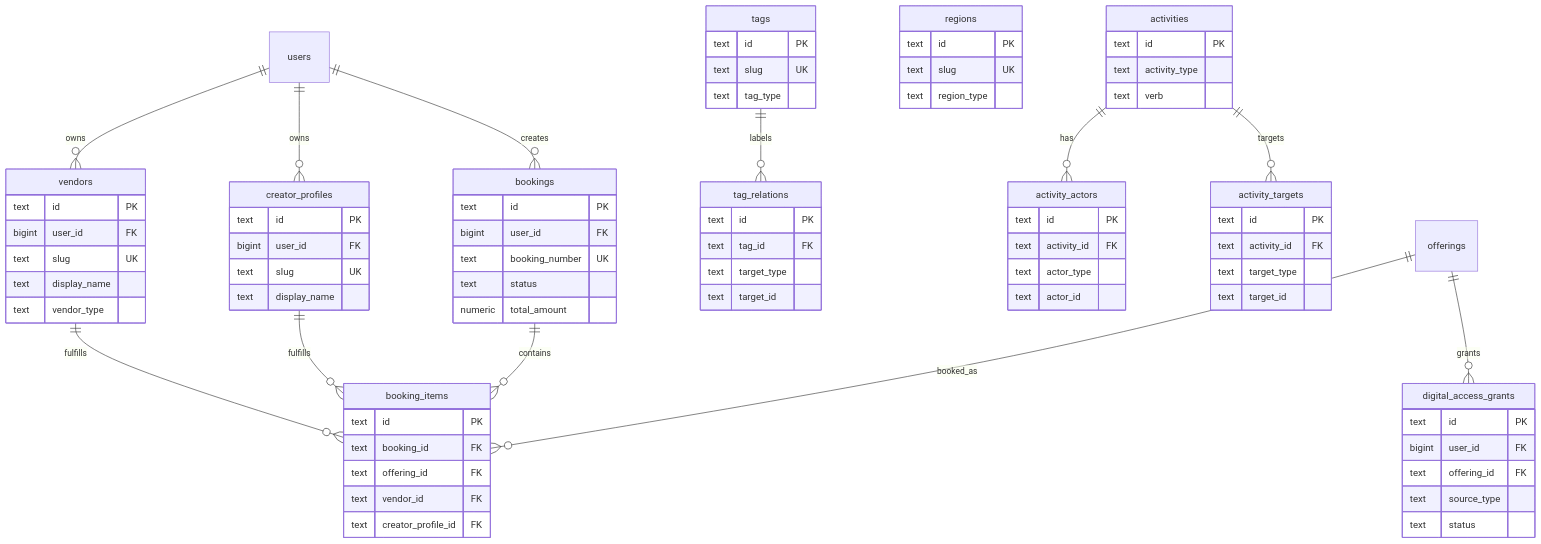
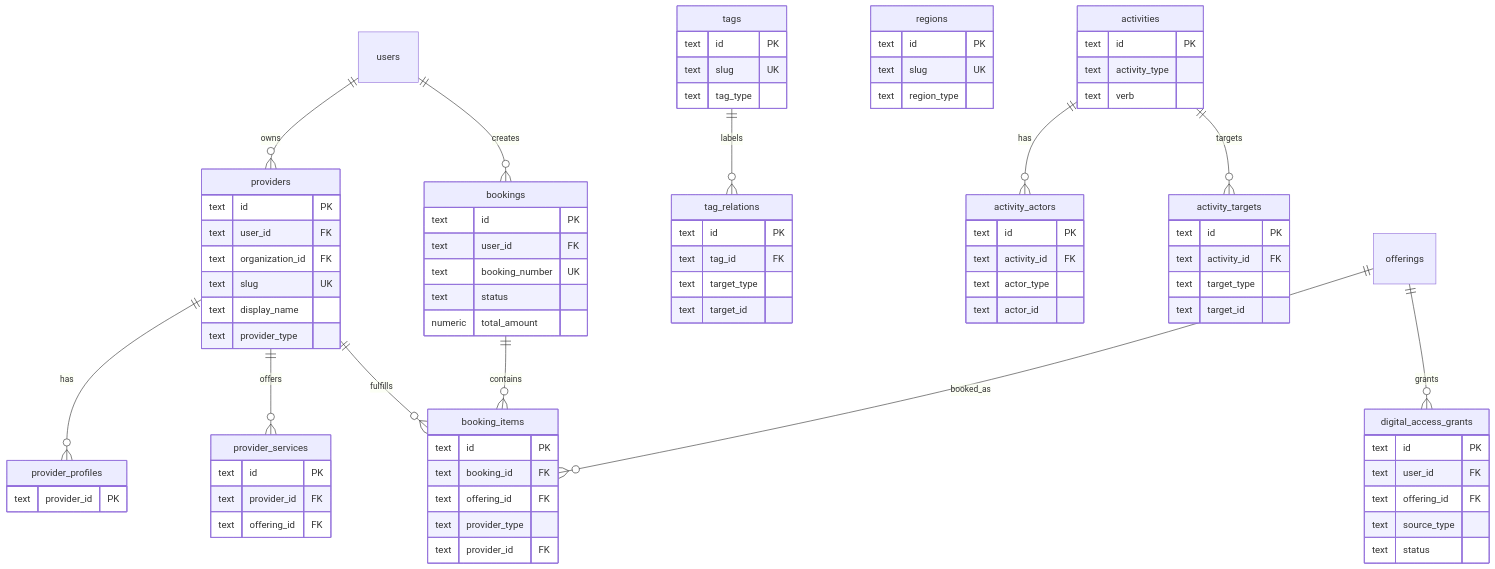
One commit to hoangpham2263/pinklove changed the fourth of 8 diagrams in docs/schema.md. Above: the diagram before and after it, drawn with Mermaid. The commit also changed other lines of this file and 56 other files, not shown here.

````diff
--- a/docs/schema.md
+++ b/docs/schema.md
@@ -318,23 +363,27 @@
 ```mermaid
 erDiagram
-  vendors {
+  providers {
     text id PK
-    bigint user_id FK
+    text user_id FK
+    text organization_id FK
     text slug UK
     text display_name
-    text vendor_type
+    text provider_type
   }
 
-  creator_profiles {
+  provider_profiles {
+    text provider_id PK
+  }
+
+  provider_services {
     text id PK
-    bigint user_id FK
-    text slug UK
-    text display_name
+    text provider_id FK
+    text offering_id FK
   }
 
   bookings {
     text id PK
-    bigint user_id FK
+    text user_id FK
     text booking_number UK
     text status
     numeric total_amount
@@ -344,13 +393,13 @@
     text id PK
     text booking_id FK
     text offering_id FK
-    text vendor_id FK
-    text creator_profile_id FK
+    text provider_type
+    text provider_id FK
   }
 
   digital_access_grants {
     text id PK
-    bigint user_id FK
+    text user_id FK
     text offering_id FK
     text source_type
     text status
@@ -395,11 +444,11 @@
     text region_type
   }
 
-  users ||--o{ vendors : owns
-  users ||--o{ creator_profiles : owns
+  users ||--o{ providers : owns
   users ||--o{ bookings : creates
-  vendors ||--o{ booking_items : fulfills
-  creator_profiles ||--o{ booking_items : fulfills
+  providers ||--o{ provider_profiles : has
+  providers ||--o{ provider_services : offers
+  providers ||--o{ booking_items : fulfills
   bookings ||--o{ booking_items : contains
   offerings ||--o{ booking_items : booked_as
   offerings ||--o{ digital_access_grants : grants
````
